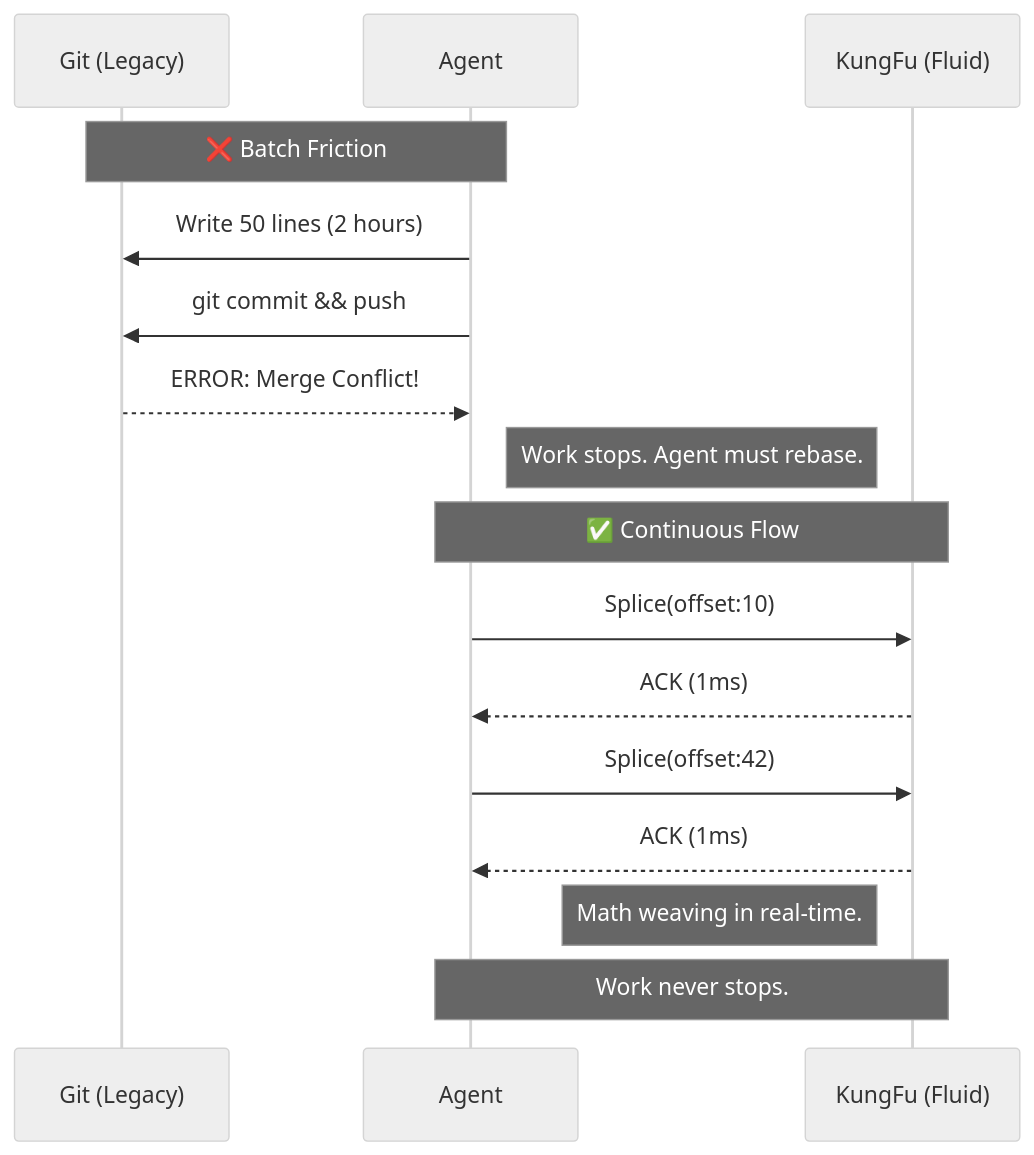
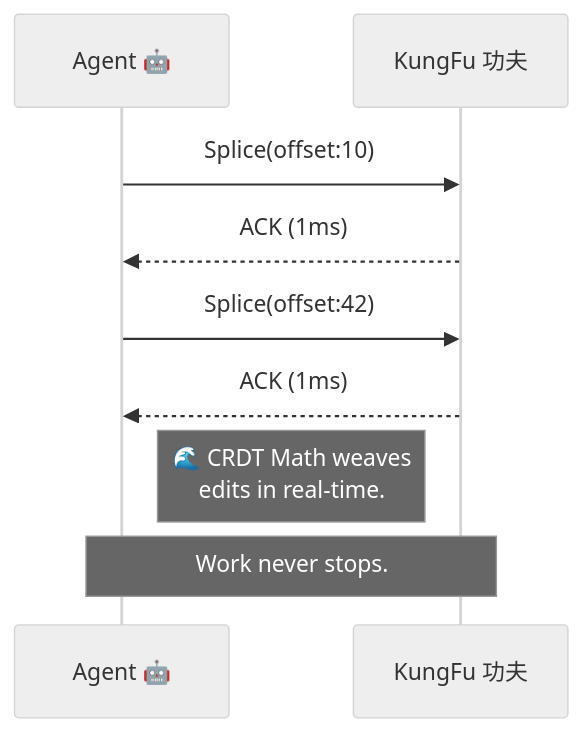
Before and after one commit to k8nstantin/kungfu: the second of 3 diagrams in README.md, drawn with Mermaid (neutral theme). The commit also changed other lines of this file, not shown here.

Commit message:
docs: split sequence diagrams into Git vs KungFu, add chinese characters

````diff
--- a/README.md
+++ b/README.md
@@ -45,20 +58,12 @@
 ```mermaid
 sequenceDiagram
-    participant G as Git (Legacy)
-    participant A as Agent
-    participant K as KungFu (Fluid)
+    participant A as Agent 🤖
+    participant K as KungFu 功夫
 
-    Note over G,A: ❌ Batch Friction
-    A->>G: Write 50 lines (2 hours)
-    A->>G: git commit && push
-    G-->>A: ERROR: Merge Conflict!
-    Note right of A: Work stops. Agent must rebase.
-
-    Note over A,K: ✅ Continuous Flow
     A->>K: Splice(offset:10)
     K-->>A: ACK (1ms)
     A->>K: Splice(offset:42)
     K-->>A: ACK (1ms)
-    Note left of K: Math weaving in real-time.
+    Note left of K: 🌊 CRDT Math weaves<br/>edits in real-time.
     Note over A,K: Work never stops.
 ```
````
